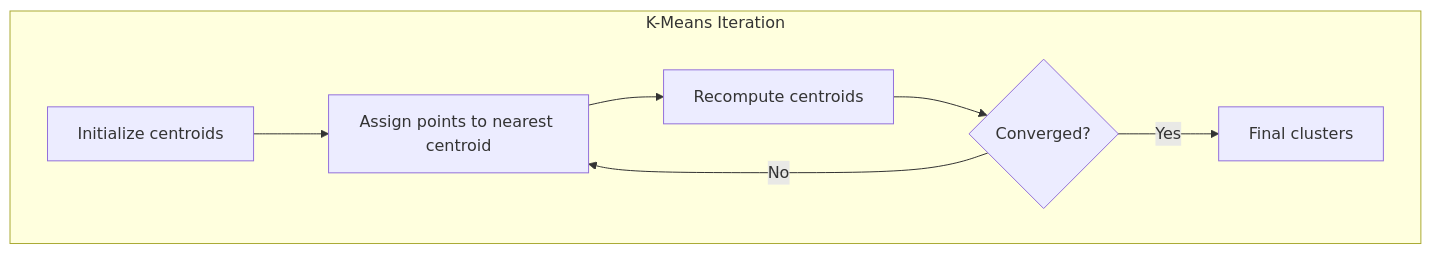
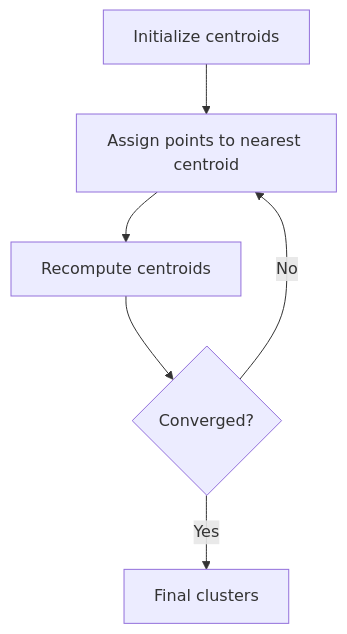
One commit to equalfm3/MLCLASSICALIMPLEMENTATION changed the fourth of 6 diagrams in README.md. Above: the diagram before and after it, drawn with Mermaid. The commit also changed other lines of this file, not shown here.

Commit message:
Fix mermaid: remove subgraphs and style directives for GitHub rendering

````diff
--- a/README.md
+++ b/README.md
@@ -92,10 +78,8 @@
 ```mermaid
 graph TD
-    subgraph K-Means Iteration
-        A[Initialize centroids] --> B[Assign points to nearest centroid]
-        B --> C[Recompute centroids]
-        C --> D{Converged?}
-        D -->|No| B
-        D -->|Yes| E[Final clusters]
-    end
+    A[Initialize centroids] --> B[Assign points to nearest centroid]
+    B --> C[Recompute centroids]
+    C --> D{Converged?}
+    D -->|No| B
+    D -->|Yes| E[Final clusters]
 ```
````
